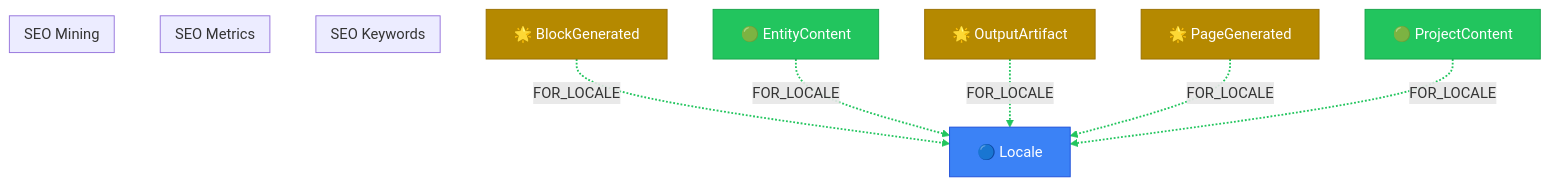
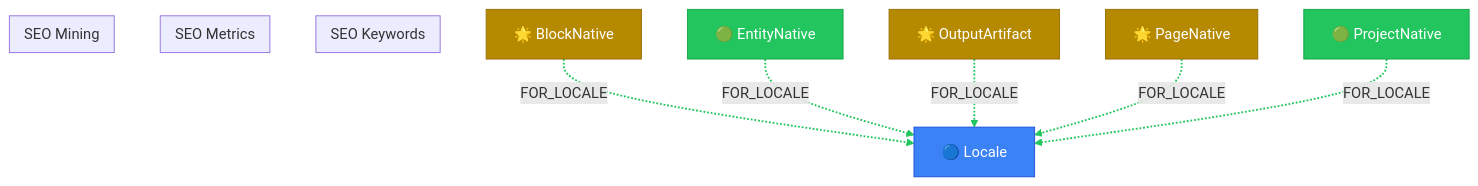
One commit to supernovae-st/novanet changed the diagram in packages/core/models/docs/seo-keywords.md. Above: the diagram before and after it, drawn with Mermaid. The commit also changed other lines of this file and 113 other files, not shown here.

First line of the commit message:
feat(schema): v0.13.0 *Native migration (ADR-029)

````diff
--- a/packages/core/models/docs/seo-keywords.md
+++ b/packages/core/models/docs/seo-keywords.md
@@ -33,47 +33,47 @@
 ```mermaid
 flowchart TB
   %% View: SEO Keywords (seo-keywords)
   %% 6 nodes, 5 arcs
 
   %% Trait styling (node_trait)
   classDef defined fill:#3b82f6,stroke:#1d4ed8,color:#fff
   classDef authored fill:#22c55e,stroke:#16a34a,color:#fff
   classDef imported fill:#8b5cf6,stroke:#7c3aed,color:#fff
   classDef generated fill:#b58900,stroke:#996f00,color:#fff
   classDef retrieved fill:#6c71c4,stroke:#5761b3,color:#fff
 
   subgraph SEO_KEYWORDS["SEO Keywords"]
   end
 
   subgraph SEO_METRICS["SEO Metrics"]
   end
 
   subgraph SEO_MINING["SEO Mining"]
   end
 
   %% Additional reachable nodes
-  BlockGenerated["🌟 BlockGenerated"]
-  EntityContent["🟢 EntityContent"]
+  BlockNative["🌟 BlockNative"]
+  EntityNative["🟢 EntityNative"]
   Locale["🔵 Locale"]
   OutputArtifact["🌟 OutputArtifact"]
-  PageGenerated["🌟 PageGenerated"]
-  ProjectContent["🟢 ProjectContent"]
+  PageNative["🌟 PageNative"]
+  ProjectNative["🟢 ProjectNative"]
 
   %% Relationships (styled by arc family)
-  BlockGenerated -.->|FOR_LOCALE| Locale
-  EntityContent -.->|FOR_LOCALE| Locale
+  BlockNative -.->|FOR_LOCALE| Locale
+  EntityNative -.->|FOR_LOCALE| Locale
   OutputArtifact -.->|FOR_LOCALE| Locale
-  PageGenerated -.->|FOR_LOCALE| Locale
-  ProjectContent -.->|FOR_LOCALE| Locale
+  PageNative -.->|FOR_LOCALE| Locale
+  ProjectNative -.->|FOR_LOCALE| Locale
 
   %% Arc colors by family
   linkStyle 0,1,2,3,4 stroke:#22c55e,stroke-width:2px
 
   %% Class assignments
-  class BlockGenerated generated
-  class EntityContent authored
+  class BlockNative generated
+  class EntityNative authored
   class Locale defined
   class OutputArtifact generated
-  class PageGenerated generated
-  class ProjectContent authored
+  class PageNative generated
+  class ProjectNative authored
 ```
````
